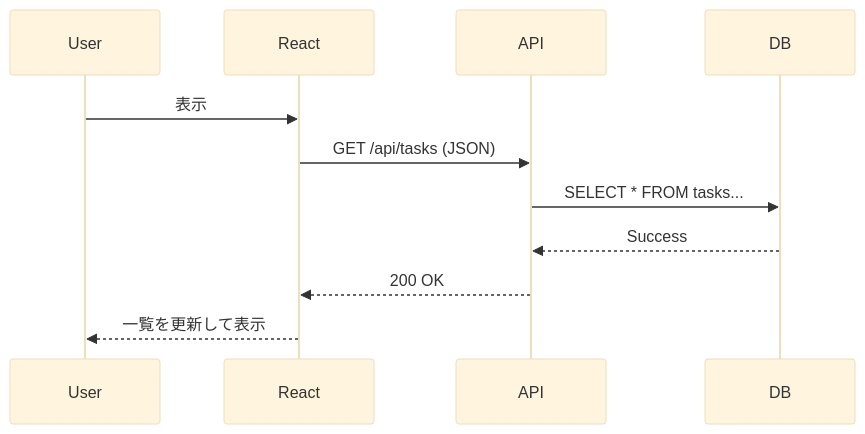
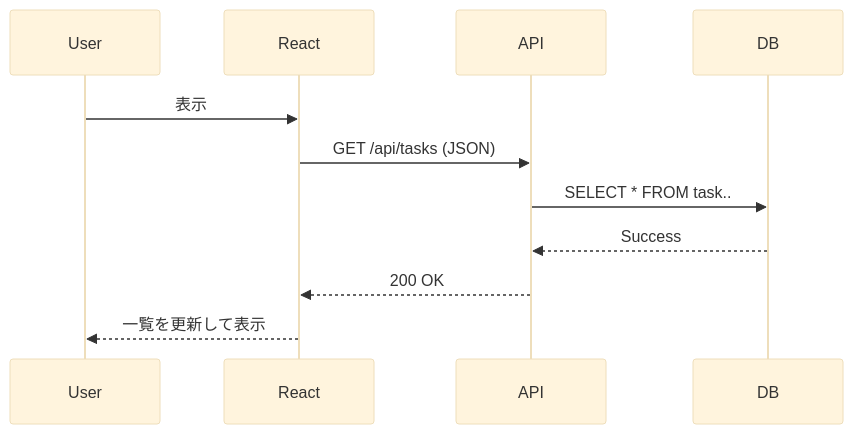
The second of 2 diagrams in README.md (pepepki/task-knowledge-management), drawn with Mermaid (base theme) before and after one commit. The commit also changed other lines of this file, not shown here.

Commit message:
change table name

````diff
--- a/README.md
+++ b/README.md
@@ -52,15 +52,15 @@
 ```mermaid
 sequenceDiagram
     participant User
     participant React
     participant API
     participant DB
 
     User->>React: 表示
     React->>API: GET /api/tasks (JSON)
-    API->>DB: SELECT * FROM tasks...
+    API->>DB: SELECT * FROM task..
     DB-->>API: Success
     API-->>React: 200 OK
     React-->>User: 一覧を更新して表示
 
 ```
````
